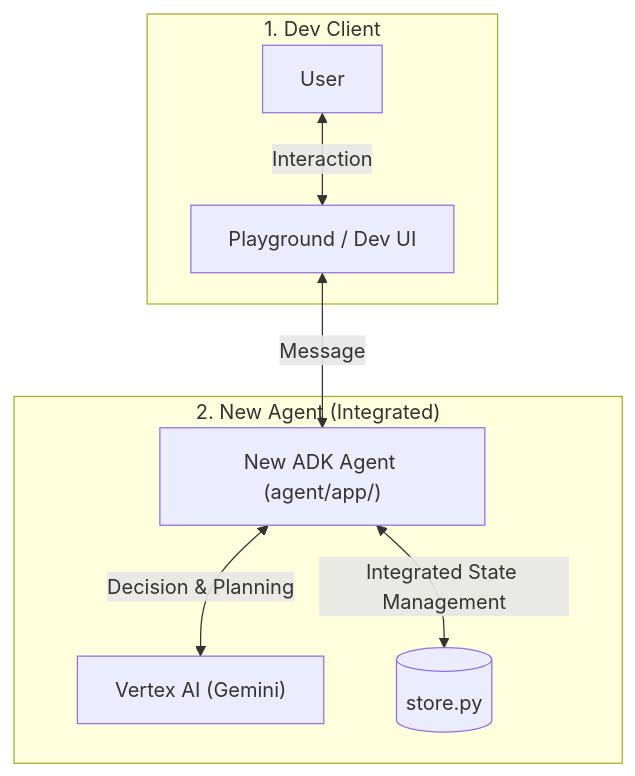
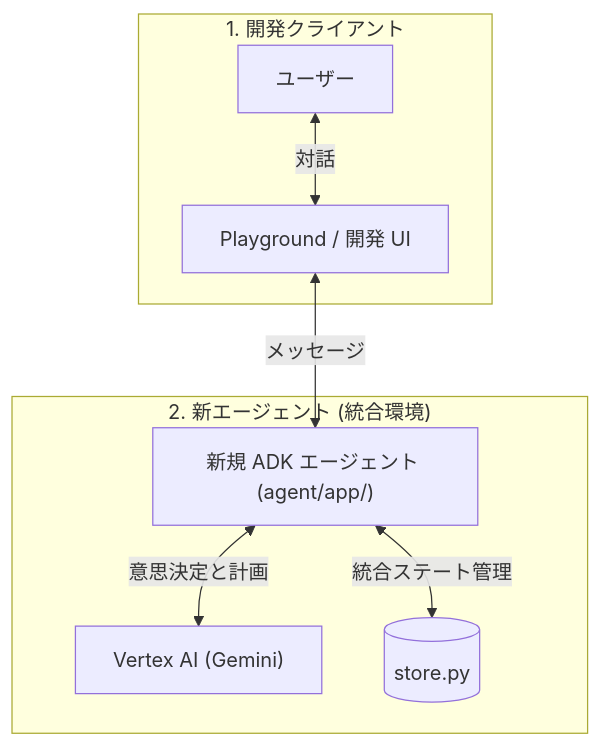
One commit to shogoorg/samples-a2a changed the diagram in agent/README.md. Above: the diagram before and after it, drawn with Mermaid. The commit also changed other lines of this file, not shown here.

````diff
--- a/agent/README.md
+++ b/agent/README.md
@@ -29,12 +32,12 @@
 ```mermaid
 graph TD
-    subgraph Client_Side ["1. Dev Client"]
-        User["User"] <-->|"Interaction"| Playground["Playground / Dev UI"]
+    subgraph Client_Side ["1. 開発クライアント"]
+        User["ユーザー"] <-->|"対話"| Playground["Playground / 開発 UI"]
     end
 
-    subgraph New_Agent_Integrated ["2. New Agent (Integrated)"]
-        Playground <-->|"Message"| NewAgent["New ADK Agent (agent/app/)"]
-        NewAgent <-->|"Decision & Planning"| GeminiNew["Vertex AI (Gemini)"]
-        NewAgent <-->|"Integrated State Management"| Store[("store.py")]
+    subgraph New_Agent_Integrated ["2. 新エージェント (統合環境)"]
+        Playground <-->|"メッセージ"| NewAgent["新規 ADK エージェント (agent/app/)"]
+        NewAgent <-->|"意思決定と計画"| GeminiNew["Vertex AI (Gemini)"]
+        NewAgent <-->|"統合ステート管理"| Store[("store.py")]
     end
 ```
````
